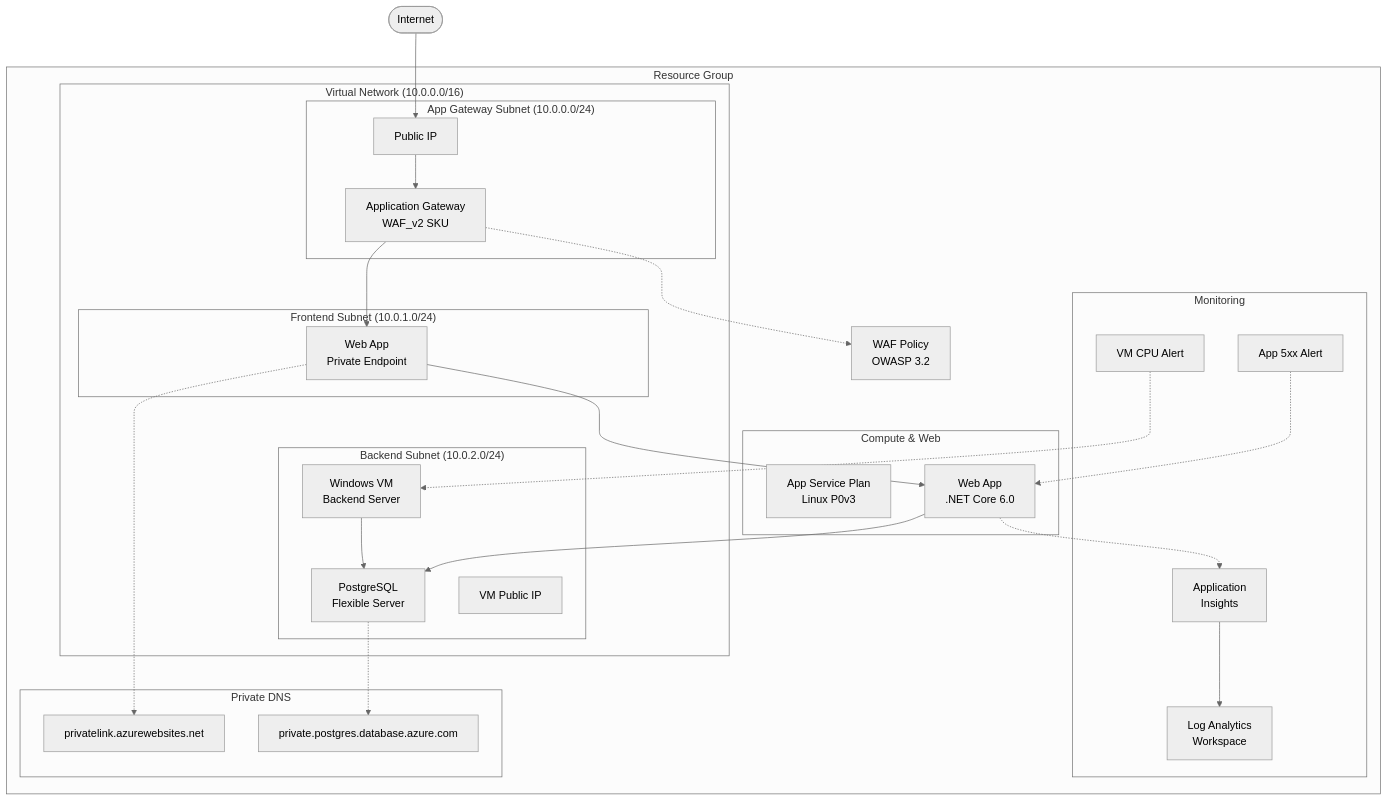
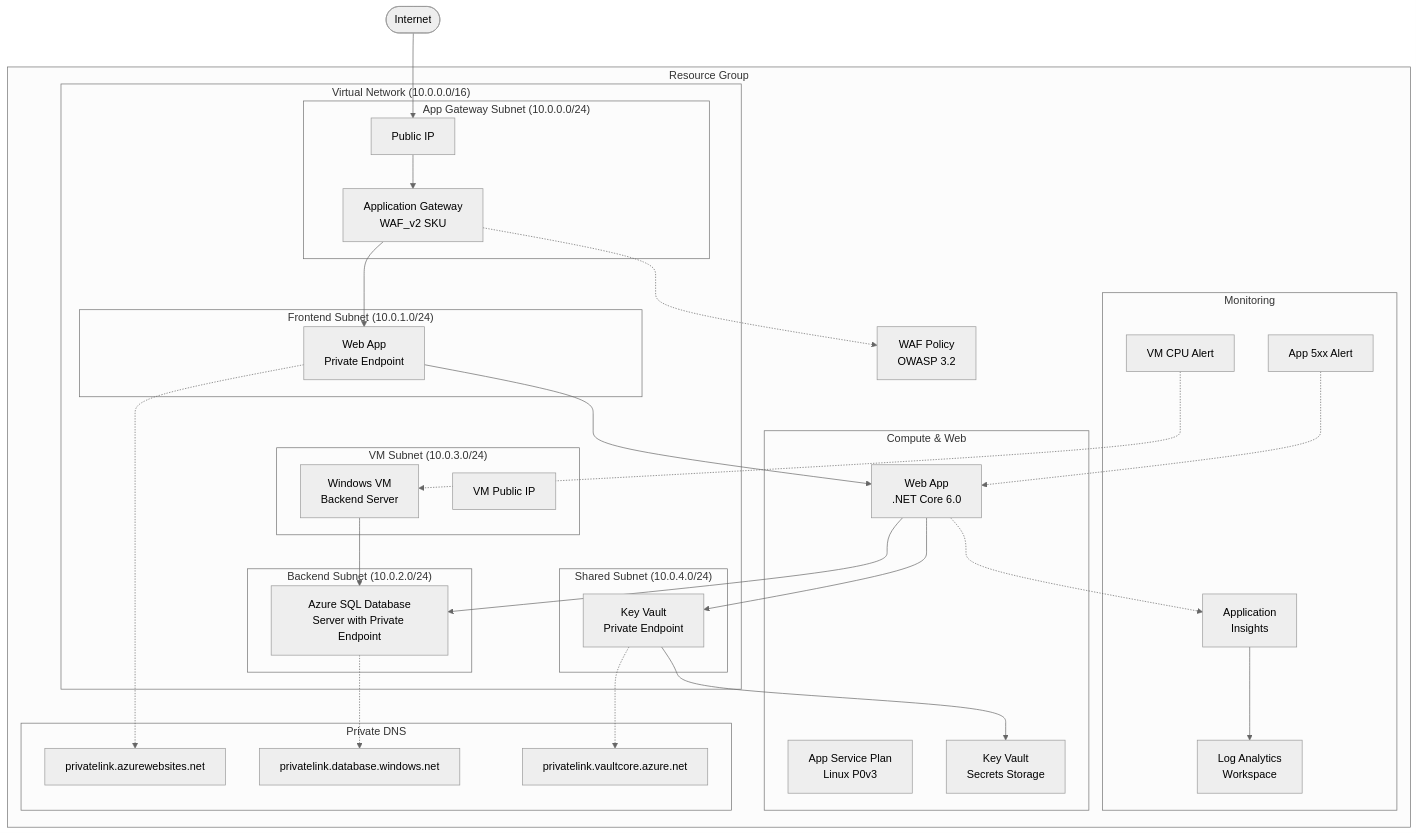
Before and after one commit to PlagueHO/copilot-in-azure-demo: the first of 2 diagrams in docs/ARCHITECTURE.md, drawn with Mermaid (neutral theme). The commit also changed other lines of this file and 9 other files, not shown here.

First line of the commit message:
CHANGE: Update architecture documentation for Azure SQL

````diff
--- a/docs/ARCHITECTURE.md
+++ b/docs/ARCHITECTURE.md
@@ -38,58 +38,65 @@
 ```mermaid
 flowchart TD
     Internet([Internet])
     
     subgraph RG["Resource Group"]
         subgraph VNet["Virtual Network (10.0.0.0/16)"]
             subgraph AppGwSubnet["App Gateway Subnet (10.0.0.0/24)"]
                 AppGw[Application Gateway<br/>WAF_v2 SKU]
                 AppGwIP[Public IP]
             end
-            
-            subgraph FrontendSubnet["Frontend Subnet (10.0.1.0/24)"]
+              subgraph FrontendSubnet["Frontend Subnet (10.0.1.0/24)"]
                 WebAppPE[Web App<br/>Private Endpoint]
             end
             
             subgraph BackendSubnet["Backend Subnet (10.0.2.0/24)"]
-                PostgreSQL[PostgreSQL<br/>Flexible Server]
+                SQLDatabase[Azure SQL Database<br/>Server with Private Endpoint]
+            end
+            
+            subgraph VMSubnet["VM Subnet (10.0.3.0/24)"]
                 VM[Windows VM<br/>Backend Server]
                 VMIP[VM Public IP]
+            end
+            
+            subgraph SharedSubnet["Shared Subnet (10.0.4.0/24)"]
+                KeyVaultPE[Key Vault<br/>Private Endpoint]
             end
         end
         
         subgraph Monitoring["Monitoring"]
             LogAnalytics[Log Analytics<br/>Workspace]
             AppInsights[Application<br/>Insights]
             VMAlert[VM CPU Alert]
             AppAlert[App 5xx Alert]
         end
-        
-        subgraph Compute["Compute & Web"]
+          subgraph Compute["Compute & Web"]
             AppPlan[App Service Plan<br/>Linux P0v3]
             WebApp[Web App<br/>.NET Core 6.0]
+            KeyVault[Key Vault<br/>Secrets Storage]
         end
-        
-        subgraph DNS["Private DNS"]
+          subgraph DNS["Private DNS"]
             AppServiceDNS[privatelink.azurewebsites.net]
-            PostgreSQLDNS[private.postgres.database.azure.com]
+            SQLDatabaseDNS[privatelink.database.windows.net]
+            KeyVaultDNS[privatelink.vaultcore.azure.net]
         end
         
         WAFPolicy[WAF Policy<br/>OWASP 3.2]
-    end
-    
-    Internet --> AppGwIP
+    end    Internet --> AppGwIP
     AppGwIP --> AppGw
     AppGw --> WebAppPE
     WebAppPE --> WebApp
-    WebApp --> PostgreSQL
-    VM --> PostgreSQL
+    WebApp --> SQLDatabase
+    VM --> SQLDatabase
+    WebApp --> KeyVaultPE
+    KeyVaultPE --> KeyVault
     
     AppGw -.-> WAFPolicy
     WebApp -.-> AppInsights
     AppInsights --> LogAnalytics
     VMAlert -.-> VM
     AppAlert -.-> WebApp
     
     WebAppPE -.-> AppServiceDNS
-    PostgreSQL -.-> PostgreSQLDNS
+    SQLDatabase -.-> SQLDatabaseDNS
+    KeyVaultPE -.-> KeyVaultDNS
 ```
````
